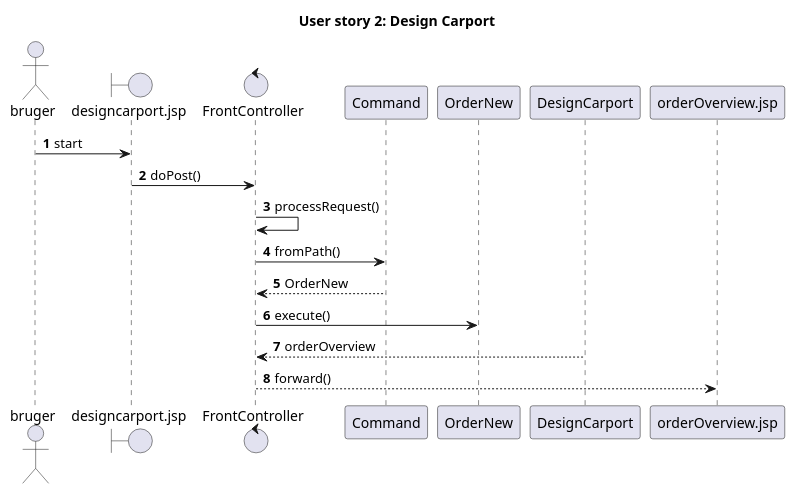
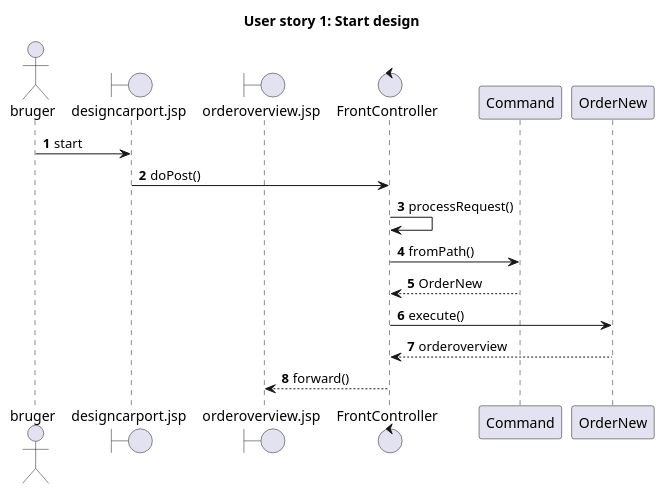
The diagram in plantuml/orderNewCommand.puml (LaDane/FogCarport), drawn with PlantUML before and after one commit. The commit also changed 2 other files, not shown here.

Commit message:
opdateret sekvensdiagram

```diff
--- a/plantuml/orderNewCommand.puml
+++ b/plantuml/orderNewCommand.puml
@@ -1,19 +1,20 @@
 @startuml
-title User story 2: Design Carport
+title User story 1: Start design
 actor bruger
 
+
 boundary designcarport.jsp
-boundary designcarport.jsp
+boundary orderoverview.jsp
 control FrontController
 
 autonumber
 
 bruger -> designcarport.jsp: start
 designcarport.jsp -> FrontController: doPost()
 FrontController -> FrontController: processRequest()
 FrontController -> Command: fromPath()
 Command --> FrontController: OrderNew
 FrontController -> OrderNew: execute()
-DesignCarport --> FrontController: orderOverview
-FrontController --> orderOverview.jsp: forward()
+OrderNew --> FrontController: orderoverview
+FrontController --> orderoverview.jsp: forward()
 @enduml
```
